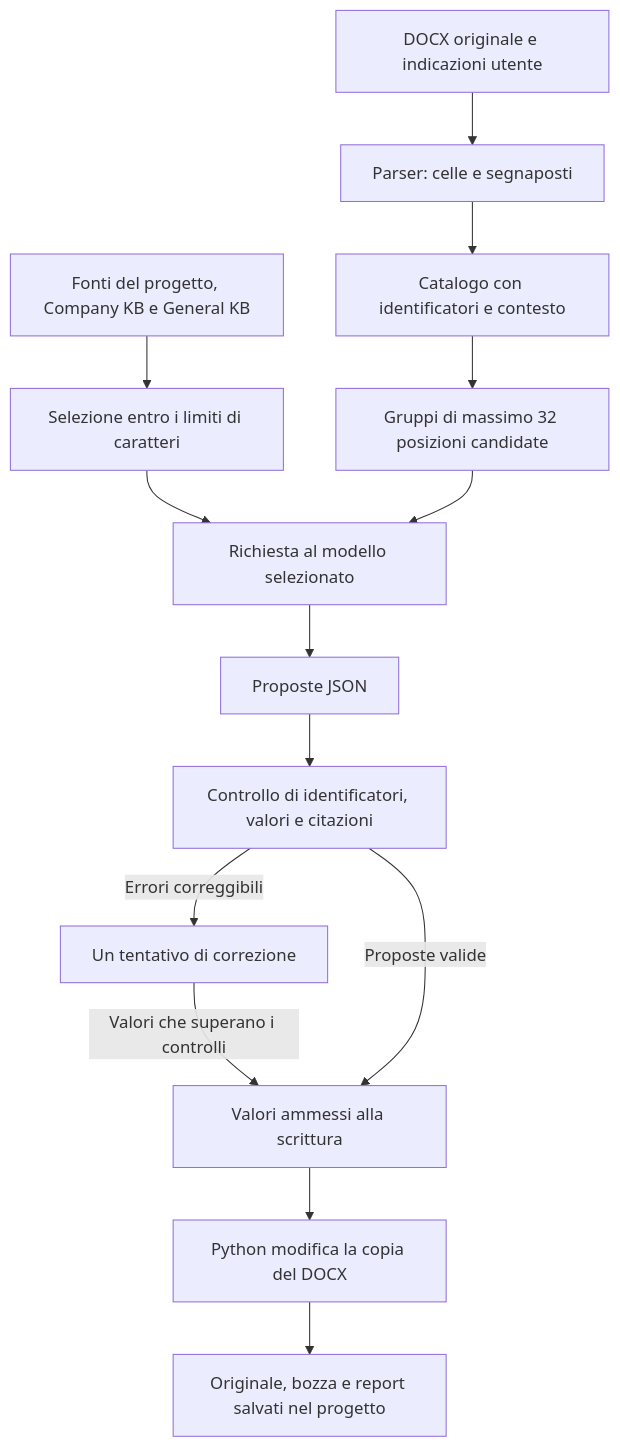
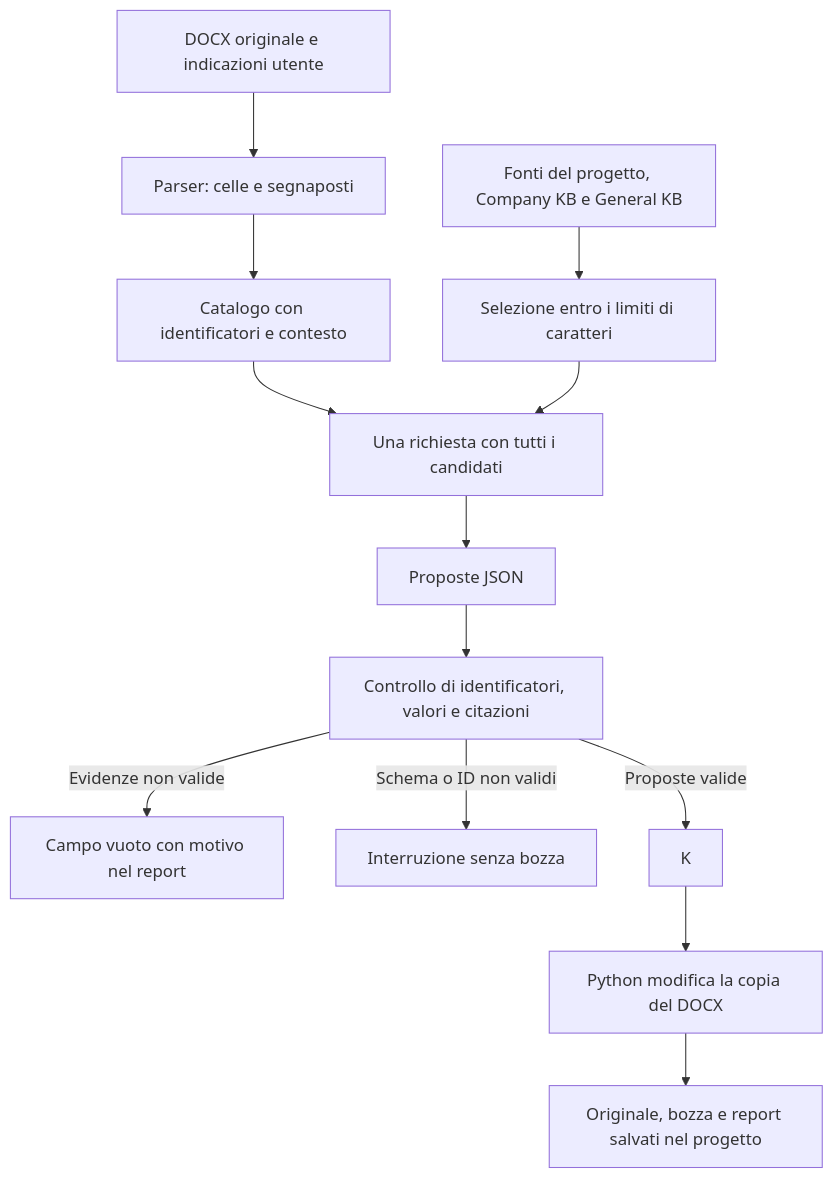
One commit to MontesanoDev/Tesi changed the diagram in compilazione-backend.md. Above: the diagram before and after it, drawn with Mermaid. The commit also changed other lines of this file and 9 other files, not shown here.

````diff
--- a/compilazione-backend.md
+++ b/compilazione-backend.md
@@ -99,16 +100,15 @@
 ```mermaid
 flowchart TD
     A[DOCX originale e indicazioni utente] --> B[Parser: celle e segnaposti]
     B --> C[Catalogo con identificatori e contesto]
     D[Fonti del progetto, Company KB e General KB] --> E[Selezione entro i limiti di caratteri]
-    C --> F[Gruppi di massimo 32 posizioni candidate]
-    E --> G[Richiesta al modello selezionato]
-    F --> G
+    C --> G[Una richiesta con tutti i candidati]
+    E --> G
     G --> H[Proposte JSON]
     H --> I[Controllo di identificatori, valori e citazioni]
-    I -->|Errori correggibili| J[Un tentativo di correzione]
-    J -->|Valori che superano i controlli| K[Valori ammessi alla scrittura]
+    I -->|Evidenze non valide| J[Campo vuoto con motivo nel report]
+    I -->|Schema o ID non validi| N[Interruzione senza bozza]
     I -->|Proposte valide| K
     K --> L[Python modifica la copia del DOCX]
     L --> M[Originale, bozza e report salvati nel progetto]
 ```
````
